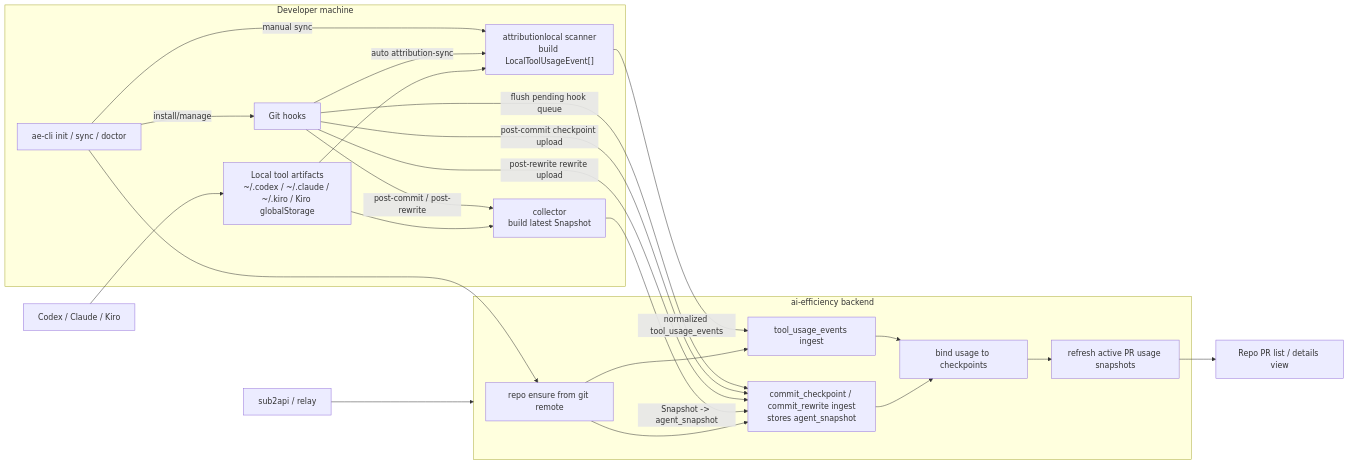
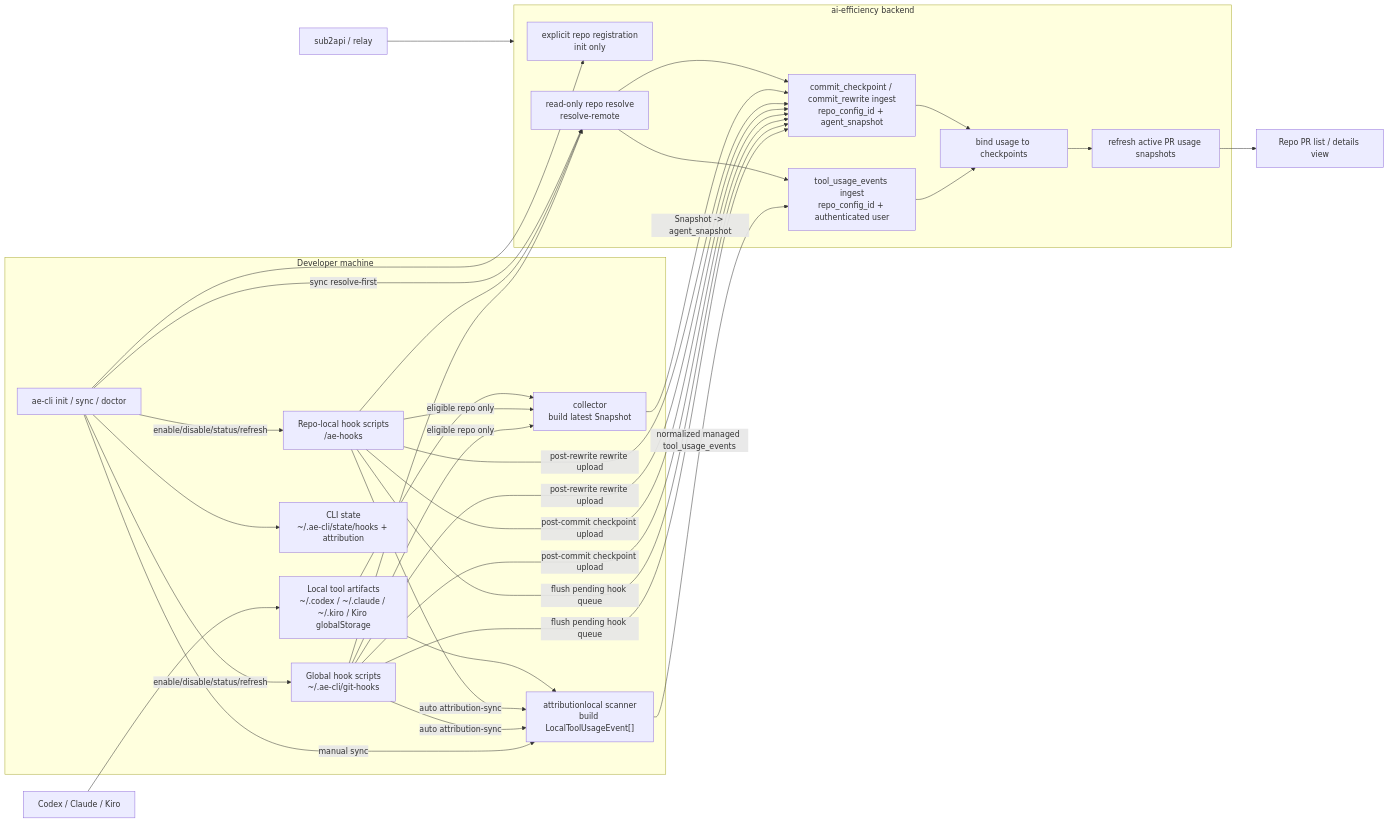
One commit to LichKing-2234/ai-efficiency changed the fourth of 4 diagrams in docs/architecture.md. Above: the diagram before and after it, drawn with Mermaid. The commit also changed other lines of this file and 2 other files, not shown here.

Commit message:
docs(ae-cli): document global git hook runtime

````diff
--- a/docs/architecture.md
+++ b/docs/architecture.md
@@ -179,44 +179,57 @@
 ```mermaid
 flowchart LR
     Tools["Codex / Claude / Kiro"]
 
     subgraph Local["Developer machine"]
         CLI["ae-cli init / sync / doctor"]
-        Hooks["Git hooks"]
+        GlobalHooks["Global hook scripts<br/>~/.ae-cli/git-hooks"]
+        RepoHooks["Repo-local hook scripts<br/><git common dir>/ae-hooks"]
         Artifacts["Local tool artifacts<br/>~/.codex / ~/.claude / ~/.kiro / Kiro globalStorage"]
         Collector["collector<br/>build latest Snapshot"]
         Scanner["attributionlocal scanner<br/>build LocalToolUsageEvent[]"]
+        State["CLI state<br/>~/.ae-cli/state/hooks + attribution"]
     end
 
     subgraph Backend["ai-efficiency backend"]
-        Ensure["repo ensure from git remote"]
-        Checkpoint["commit_checkpoint / commit_rewrite ingest<br/>stores agent_snapshot"]
-        Usage["tool_usage_events ingest"]
+        Register["explicit repo registration<br/>init only"]
+        Resolve["read-only repo resolve<br/>resolve-remote"]
+        Checkpoint["commit_checkpoint / commit_rewrite ingest<br/>repo_config_id + agent_snapshot"]
+        Usage["tool_usage_events ingest<br/>repo_config_id + authenticated user"]
         Bind["bind usage to checkpoints"]
         PRUsage["refresh active PR usage snapshots"]
     end
 
     UI["Repo PR list / details view"]
     Relay["sub2api / relay"]
 
-    CLI --> Ensure
-    CLI -->|"install/manage"| Hooks
+    CLI --> Register
+    CLI -->|"enable/disable/status/refresh"| GlobalHooks
+    CLI -->|"enable/disable/status/refresh"| RepoHooks
+    CLI --> State
     CLI -->|"manual sync"| Scanner
     Tools --> Artifacts
-    Hooks -->|"post-commit / post-rewrite"| Collector
-    Hooks -->|"flush pending hook queue"| Checkpoint
-    Hooks -->|"post-commit checkpoint upload"| Checkpoint
-    Hooks -->|"post-rewrite rewrite upload"| Checkpoint
-    Hooks -->|"auto attribution-sync"| Scanner
+    GlobalHooks --> Resolve
+    RepoHooks --> Resolve
+    CLI -->|"sync resolve-first"| Resolve
+    GlobalHooks -->|"eligible repo only"| Collector
+    RepoHooks -->|"eligible repo only"| Collector
+    GlobalHooks -->|"flush pending hook queue"| Checkpoint
+    RepoHooks -->|"flush pending hook queue"| Checkpoint
+    GlobalHooks -->|"post-commit checkpoint upload"| Checkpoint
+    RepoHooks -->|"post-commit checkpoint upload"| Checkpoint
+    GlobalHooks -->|"post-rewrite rewrite upload"| Checkpoint
+    RepoHooks -->|"post-rewrite rewrite upload"| Checkpoint
+    GlobalHooks -->|"auto attribution-sync"| Scanner
+    RepoHooks -->|"auto attribution-sync"| Scanner
     Artifacts --> Collector
     Artifacts --> Scanner
     Collector -->|"Snapshot -> agent_snapshot"| Checkpoint
-    Scanner -->|"normalized tool_usage_events"| Usage
-    Ensure --> Checkpoint
-    Ensure --> Usage
+    Scanner -->|"normalized managed tool_usage_events"| Usage
+    Resolve --> Checkpoint
+    Resolve --> Usage
     Usage --> Bind
     Checkpoint --> Bind
     Bind --> PRUsage
     PRUsage --> UI
     Relay --> Backend
 ```
````
